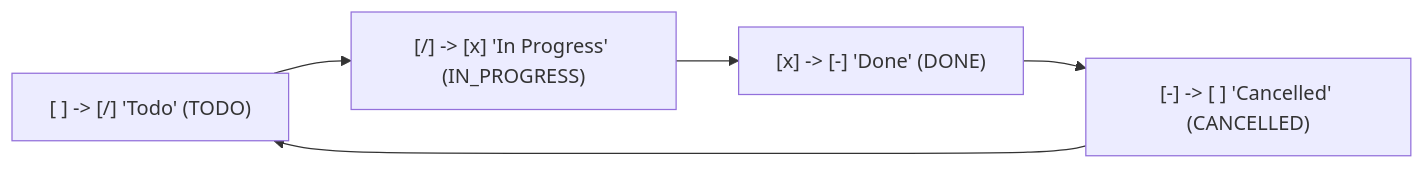
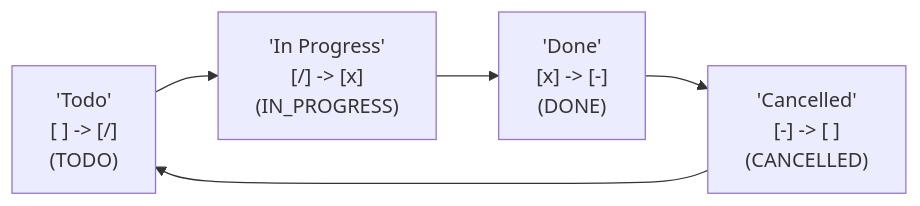
The second of 3 diagrams in docs/Getting Started/Recurring Tasks.md (obsidian-tasks-group/obsidian-tasks), drawn with Mermaid before and after one commit. The commit also changed other lines of this file, not shown here.

Commit message:
docs: Make the detailed Mermaid diagrams take less width

````diff
--- a/docs/Getting Started/Recurring Tasks.md
+++ b/docs/Getting Started/Recurring Tasks.md
@@ -153,11 +153,11 @@
 ```mermaid
 flowchart LR
-1["[ ] -> [/] 'Todo' (TODO)"]
-2["[x] -> [-] 'Done' (DONE)"]
-3["[/] -> [x] 'In Progress' (IN_PROGRESS)"]
-4["[-] -> [ ] 'Cancelled' (CANCELLED)"]
+1["'Todo'<br>[ ] -> [/]<br>(TODO)"]
+2["'Done'<br>[x] -> [-]<br>(DONE)"]
+3["'In Progress'<br>[/] -> [x]<br>(IN_PROGRESS)"]
+4["'Cancelled'<br>[-] -> [ ]<br>(CANCELLED)"]
 1 --> 3
 2 --> 4
 3 --> 2
 4 --> 1
 ```
````
